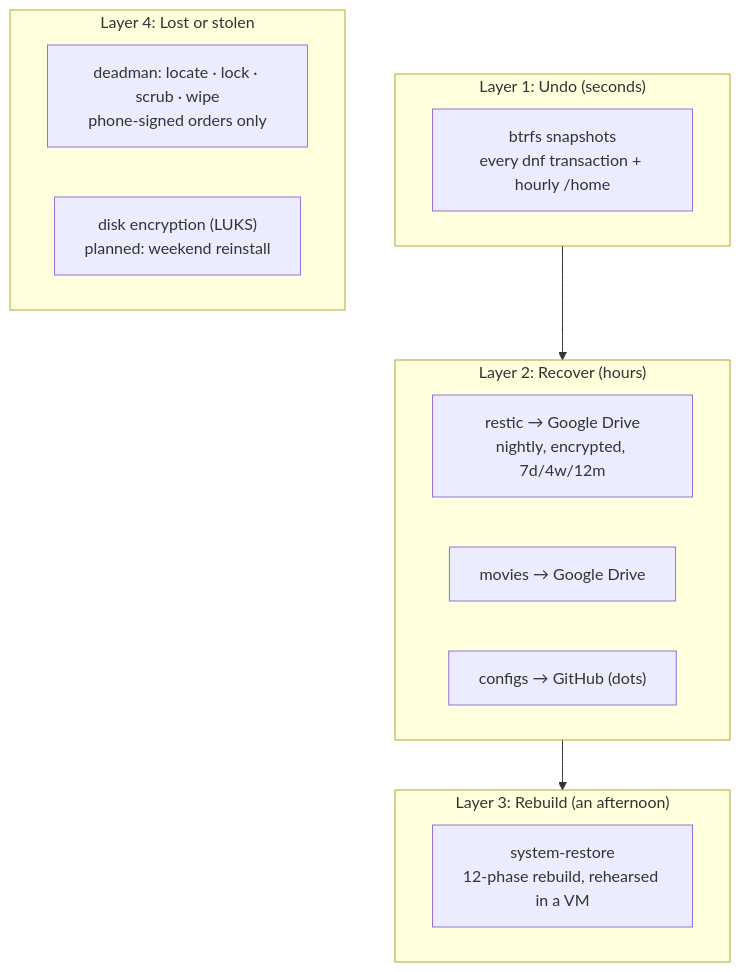
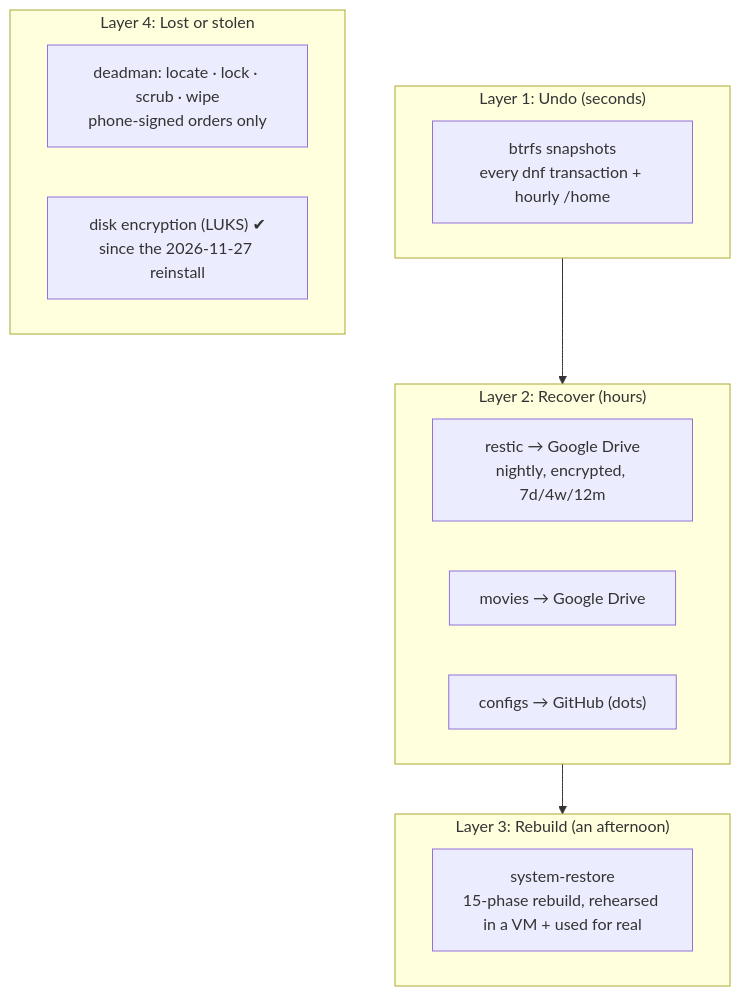
The third of 5 diagrams in docs/architecture.md (levifarley/fedora-workstation-automation), drawn with Mermaid before and after one commit. The commit also changed other lines of this file and 30 other files, not shown here.

````diff
--- a/docs/architecture.md
+++ b/docs/architecture.md
@@ -90,20 +91,20 @@
 ```mermaid
 flowchart TB
     subgraph L1["Layer 1: Undo (seconds)"]
         S1["btrfs snapshots<br/>every dnf transaction + hourly /home"]
     end
     subgraph L2["Layer 2: Recover (hours)"]
         S2["restic → Google Drive<br/>nightly, encrypted, 7d/4w/12m"]
         S3["movies → Google Drive"]
         S4["configs → GitHub (dots)"]
     end
     subgraph L3["Layer 3: Rebuild (an afternoon)"]
-        S5["system-restore<br/>12-phase rebuild, rehearsed in a VM"]
+        S5["system-restore<br/>15-phase rebuild, rehearsed in a VM + used for real"]
     end
     subgraph L4["Layer 4: Lost or stolen"]
         S6["deadman: locate · lock · scrub · wipe<br/>phone-signed orders only"]
-        S7["disk encryption (LUKS)<br/>planned: weekend reinstall"]
+        S7["disk encryption (LUKS) ✔<br/>since the 2026-11-27 reinstall"]
     end
     L1 --> L2 --> L3
     L4
 ```
````
